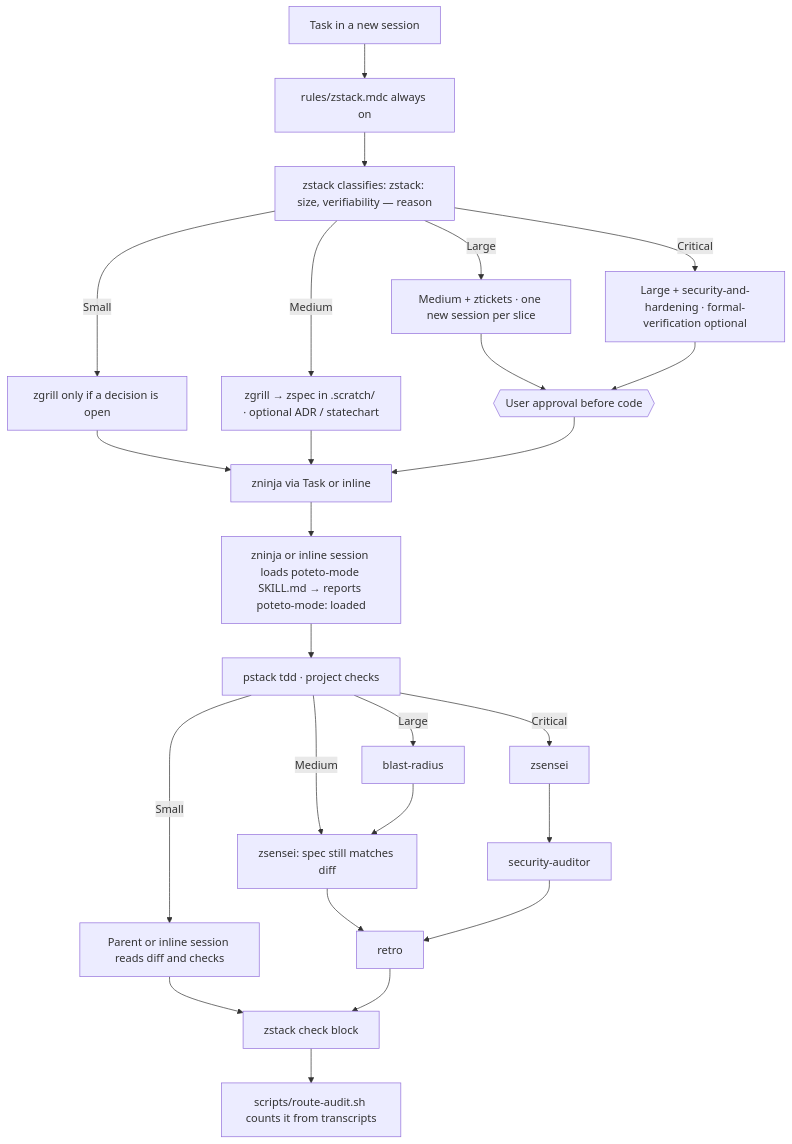
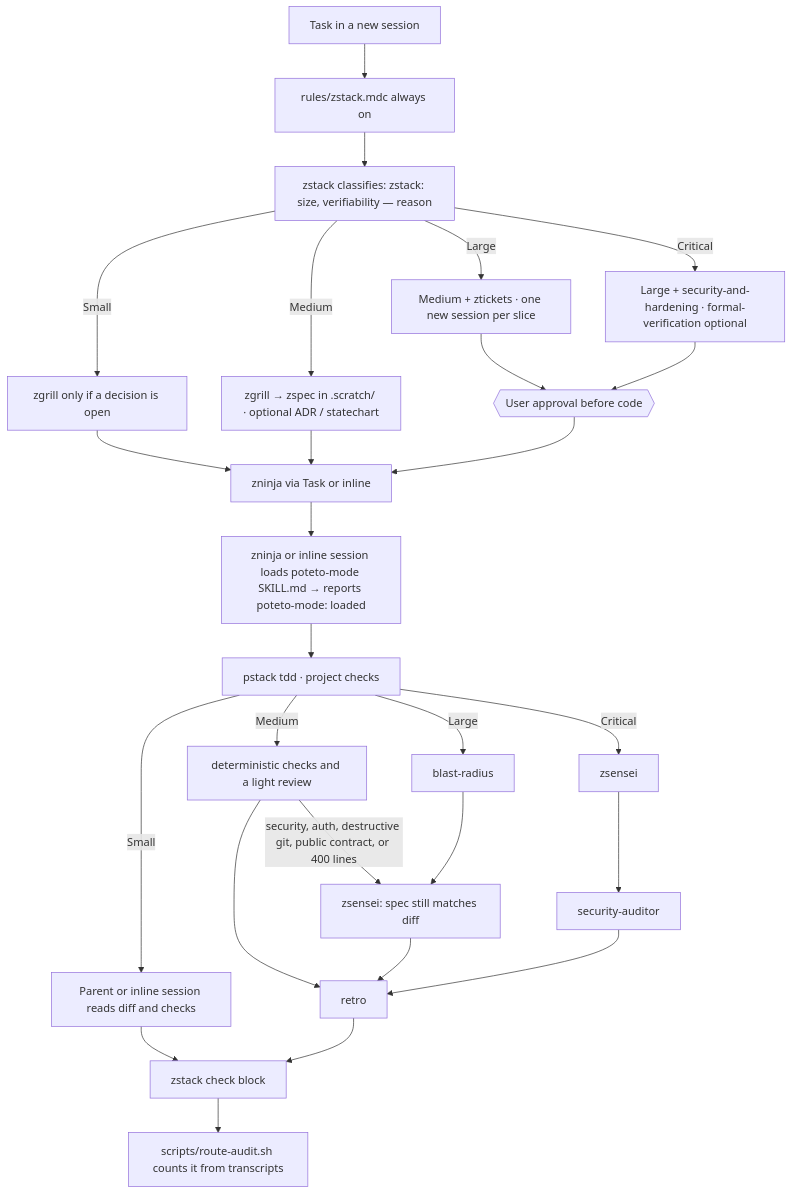
One commit to Byevenes/agent-workflow changed the diagram in docs/software-factory.md. Above: the diagram before and after it, drawn with Mermaid. The commit also changed 19 other files, not shown here.

````diff
--- a/docs/software-factory.md
+++ b/docs/software-factory.md
@@ -5,25 +5,27 @@
 ```mermaid
 flowchart TD
   task[Task in a new session] --> rule[rules/zstack.mdc always on]
   rule --> rw[zstack classifies: zstack: size, verifiability — reason]
   rw -->|Small| sPlan[zgrill only if a decision is open]
   rw -->|Medium| mPlan[zgrill → zspec in .scratch/ · optional ADR / statechart]
   rw -->|Large| lPlan[Medium + ztickets · one new session per slice]
   rw -->|Critical| cPlan[Large + security-and-hardening · formal-verification optional]
   lPlan --> gate{{User approval before code}}
   cPlan --> gate
   sPlan --> impl
   mPlan --> impl
   gate --> impl[zninja via Task or inline]
   impl --> pm[zninja or inline session loads poteto-mode SKILL.md → reports poteto-mode: loaded]
   pm --> tdd[pstack tdd · project checks]
   tdd -->|Small| done[Parent or inline session reads diff and checks]
-  tdd -->|Medium| cr[zsensei: spec still matches diff]
-  tdd -->|Large| br[blast-radius] --> cr
+  tdd -->|Medium| light[deterministic checks and a light review]
+  light -->|security, auth, destructive git, public contract, or 400 lines| cr
+  tdd -->|Large| br[blast-radius] --> cr[zsensei: spec still matches diff]
   tdd -->|Critical| cr2[zsensei] --> sa[security-auditor]
-  cr --> retro[retro]
+  light --> retro[retro]
+  cr --> retro
   sa --> retro
   done --> check[zstack check block]
   retro --> check
   check --> audit[scripts/route-audit.sh counts it from transcripts]
 ```
````
